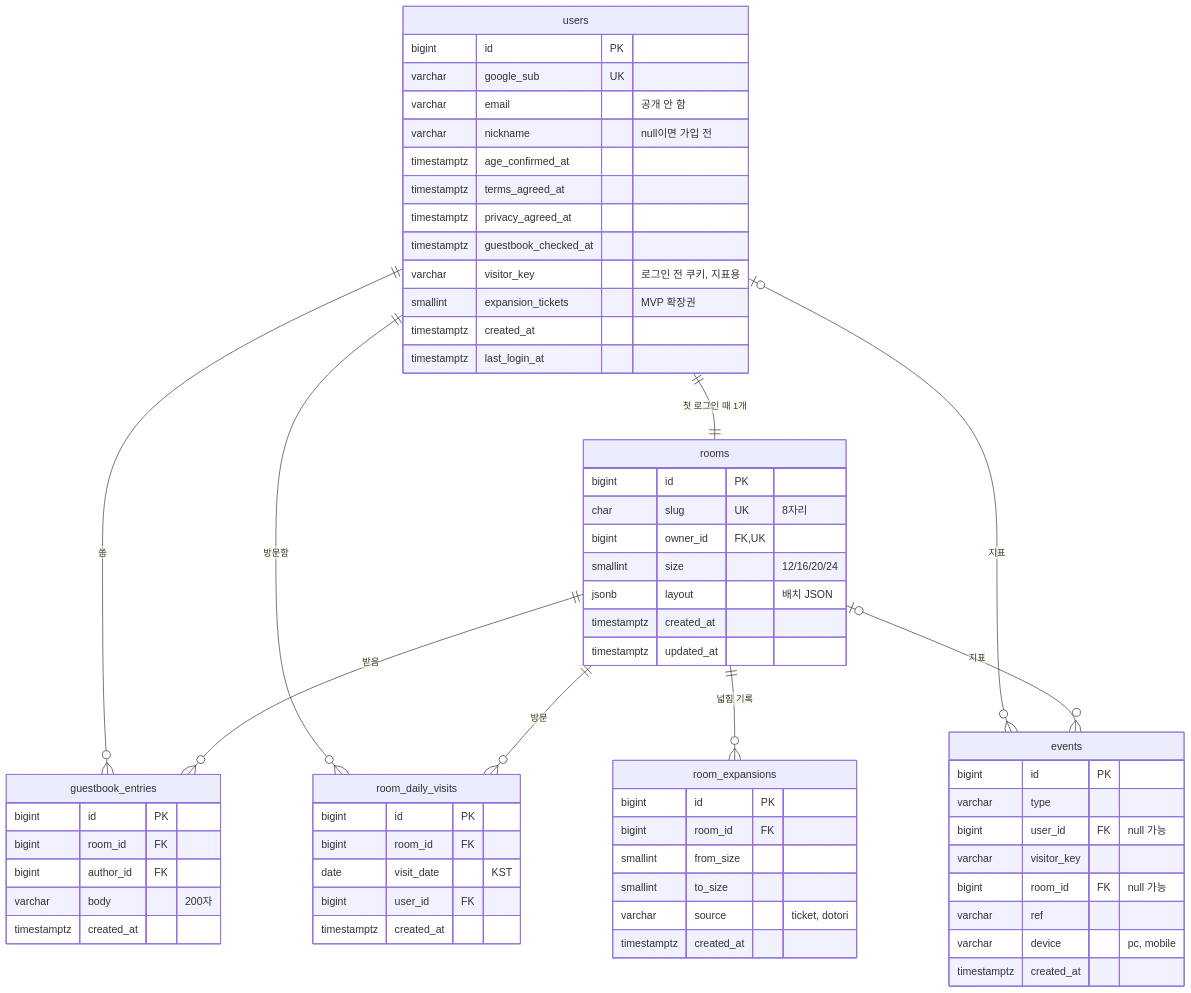
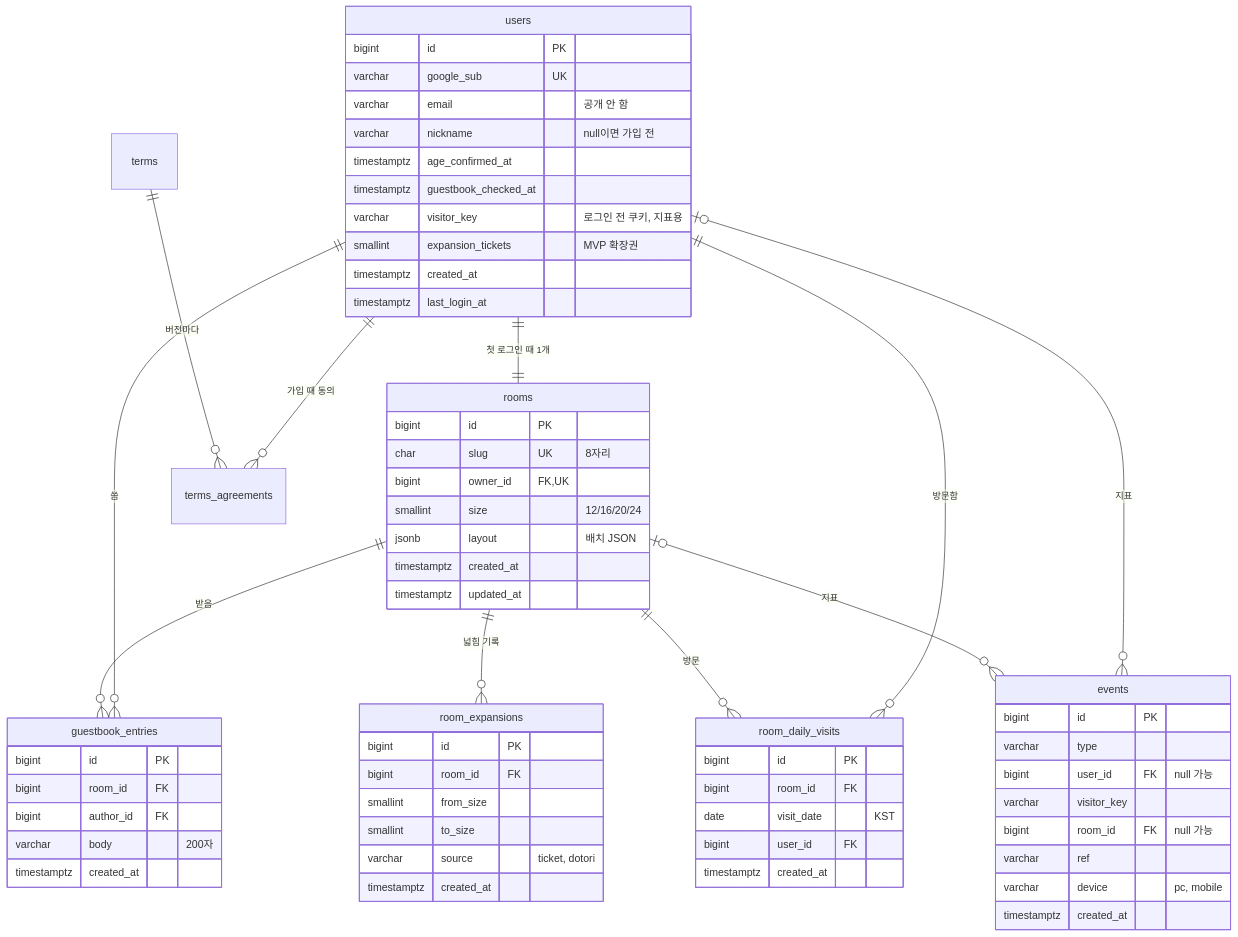
Before and after one commit to MyeongHyeonCheol/miniroom: the diagram in docs/erd.md, drawn with Mermaid. The commit also changed other lines of this file and 28 other files, not shown here.

````diff
--- a/docs/erd.md
+++ b/docs/erd.md
@@ -11,67 +11,67 @@
 ```mermaid
 erDiagram
   users ||--|| rooms : "첫 로그인 때 1개"
+  users ||--o{ terms_agreements : "가입 때 동의"
+  terms ||--o{ terms_agreements : "버전마다"
   users ||--o{ guestbook_entries : "씀"
   users ||--o{ room_daily_visits : "방문함"
   rooms ||--o{ guestbook_entries : "받음"
   rooms ||--o{ room_daily_visits : "방문"
   rooms ||--o{ room_expansions : "넓힘 기록"
   users |o--o{ events : "지표"
   rooms |o--o{ events : "지표"
 
   users {
     bigint id PK
     varchar google_sub UK
     varchar email "공개 안 함"
     varchar nickname "null이면 가입 전"
     timestamptz age_confirmed_at
-    timestamptz terms_agreed_at
-    timestamptz privacy_agreed_at
     timestamptz guestbook_checked_at
     varchar visitor_key "로그인 전 쿠키, 지표용"
     smallint expansion_tickets "MVP 확장권"
     timestamptz created_at
     timestamptz last_login_at
   }
   rooms {
     bigint id PK
     char slug UK "8자리"
     bigint owner_id FK,UK
     smallint size "12/16/20/24"
     jsonb layout "배치 JSON"
     timestamptz created_at
     timestamptz updated_at
   }
   guestbook_entries {
     bigint id PK
     bigint room_id FK
     bigint author_id FK
     varchar body "200자"
     timestamptz created_at
   }
   room_daily_visits {
     bigint id PK
     bigint room_id FK
     date visit_date "KST"
     bigint user_id FK
     timestamptz created_at
   }
   room_expansions {
     bigint id PK
     bigint room_id FK
     smallint from_size
     smallint to_size
     varchar source "ticket, dotori"
     timestamptz created_at
   }
   events {
     bigint id PK
     varchar type
     bigint user_id FK "null 가능"
     varchar visitor_key
     bigint room_id FK "null 가능"
     varchar ref
     varchar device "pc, mobile"
     timestamptz created_at
   }
 ```
````
